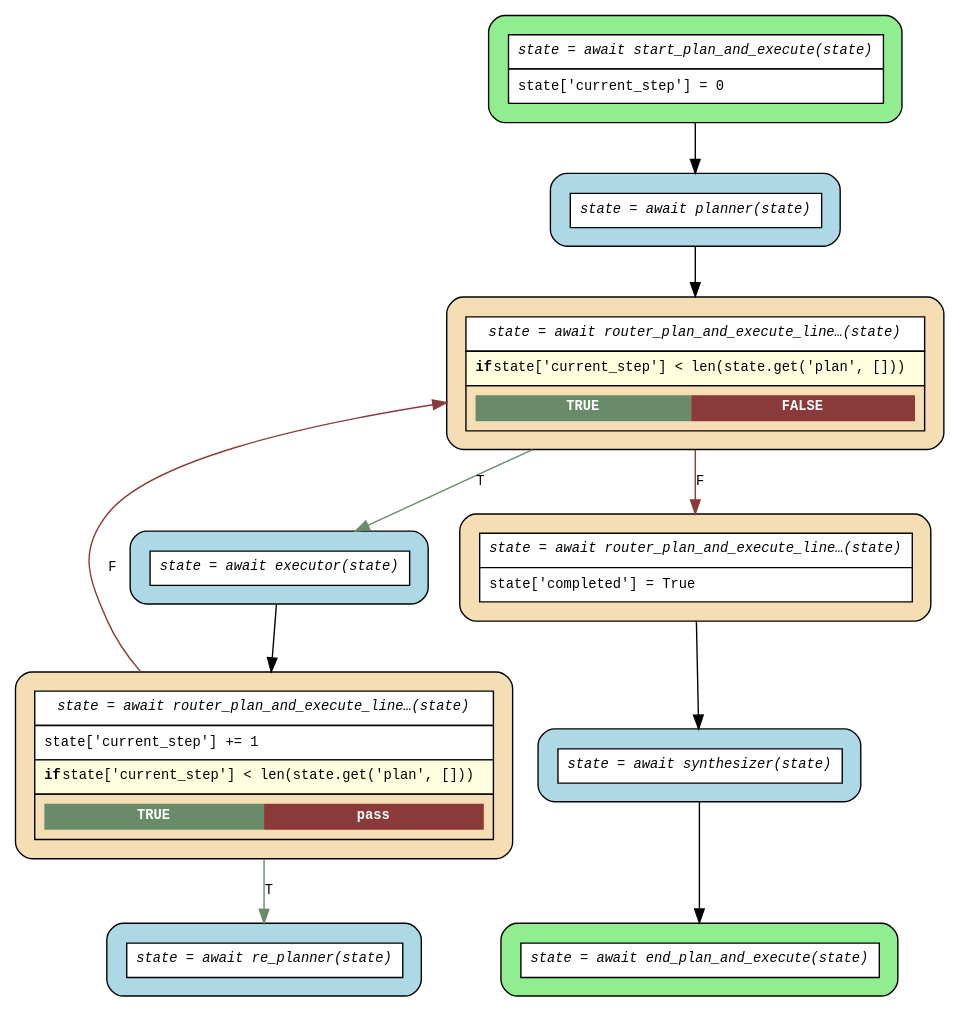
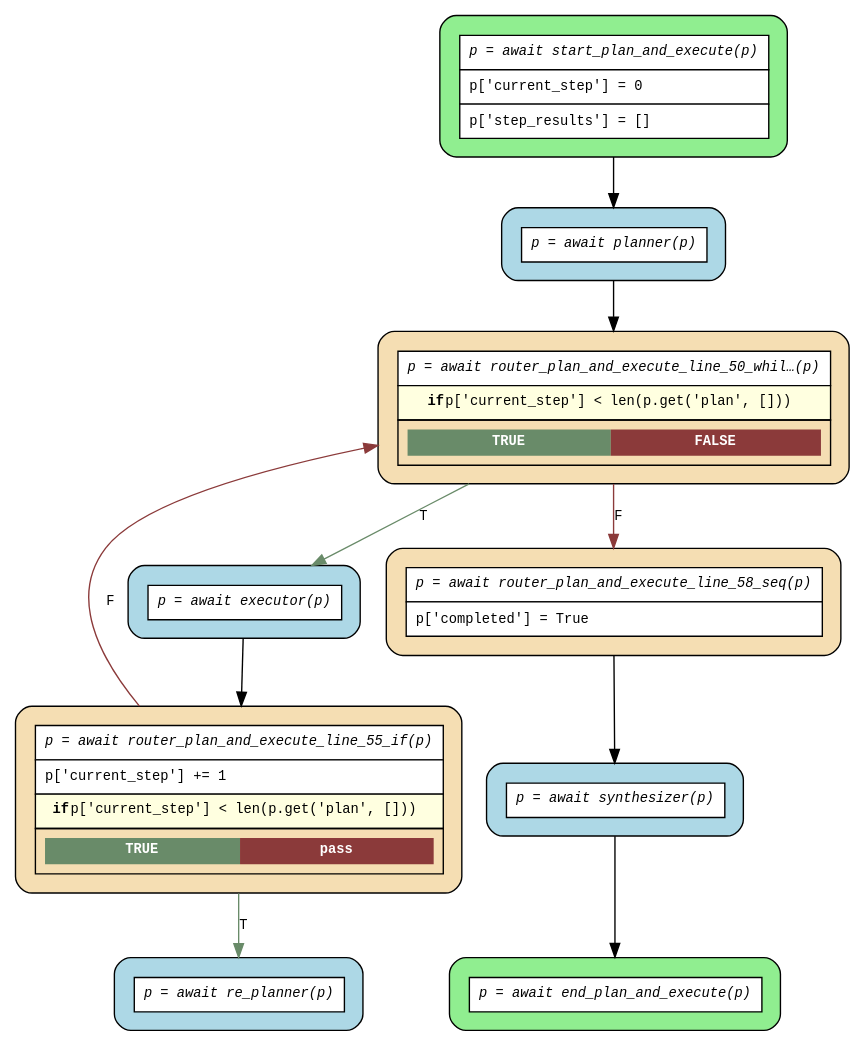
Before and after one commit to mrhillsman-enterprise-ai/asya: the diagram in examples/flows/agentic/compiled/plan_and_execute/flow.dot, drawn with Graphviz. The commit also changed 161 other files, not shown here.

First line of the commit message:
fix(flow-compiler): generate SVG instead of PNG for deterministic pre-commit flow diagrams [bvs4] (#302)

```diff
--- a/examples/flows/agentic/compiled/plan_and_execute/flow.dot
+++ b/examples/flows/agentic/compiled/plan_and_execute/flow.dot
@@ -1,26 +1,26 @@
 digraph flow {
   rankdir=TB;
   graph [fontname="Courier", fontsize=10];
   node [fontname="Courier", fontsize=10, shape=box, style="filled,rounded", margin="0.2"];
   edge [fontname="Courier", fontsize=10];
 
-  start_plan_and_execute [fillcolor="lightgreen", group="main", label=<<table border="0" cellspacing="0" cellpadding="6" cellborder="1"><tr><td bgcolor="white" align="center"><i>state = await start_plan_and_execute(state)</i></td></tr><tr><td bgcolor="white" align="left">state['current_step'] = 0</td></tr></table>>];
-  router_plan_and_execute_line_59_seq [fillcolor="wheat", group="main", label=<<table border="0" cellspacing="0" cellpadding="6" cellborder="1"><tr><td bgcolor="white" align="center"><i>state = await router_plan_and_execute_line…(state)</i></td></tr><tr><td bgcolor="white" align="left">state['completed'] = True</td></tr></table>>];
-  router_plan_and_execute_line_55_if [fillcolor="wheat", group="main", label=<<table border="0" cellspacing="0" cellpadding="6" cellborder="1"><tr><td bgcolor="white" align="center"><i>state = await router_plan_and_execute_line…(state)</i></td></tr><tr><td bgcolor="white" align="left">state['current_step'] += 1</td></tr><tr><td bgcolor="lightyellow"><b>if</b> state['current_step'] &lt; len(state.get('plan', []))</td></tr><tr><td><table border="0" cellspacing="0" cellpadding="4"><tr><td bgcolor="darkseagreen4"><font color="white"><b>TRUE</b></font></td><td bgcolor="indianred4"><font color="white"><b>pass</b></font></td></tr></table></td></tr></table>>];
-  router_plan_and_execute_line_47_while_0 [fillcolor="wheat", group="main", label=<<table border="0" cellspacing="0" cellpadding="6" cellborder="1"><tr><td bgcolor="white" align="center"><i>state = await router_plan_and_execute_line…(state)</i></td></tr><tr><td bgcolor="lightyellow"><b>if</b> state['current_step'] &lt; len(state.get('plan', []))</td></tr><tr><td><table border="0" cellspacing="0" cellpadding="4"><tr><td bgcolor="darkseagreen4"><font color="white"><b>TRUE</b></font></td><td bgcolor="indianred4"><font color="white"><b>FALSE</b></font></td></tr></table></td></tr></table>>];
-  end_plan_and_execute [fillcolor="lightgreen", group="main", label=<<table border="0" cellspacing="0" cellpadding="6" cellborder="1"><tr><td bgcolor="white" align="center"><i>state = await end_plan_and_execute(state)</i></td></tr></table>>];
-  executor [fillcolor="lightblue", label=<<table border="0" cellspacing="0" cellpadding="6" cellborder="1"><tr><td bgcolor="white" align="center"><i>state = await executor(state)</i></td></tr></table>>];
-  planner [fillcolor="lightblue", label=<<table border="0" cellspacing="0" cellpadding="6" cellborder="1"><tr><td bgcolor="white" align="center"><i>state = await planner(state)</i></td></tr></table>>];
-  re_planner [fillcolor="lightblue", label=<<table border="0" cellspacing="0" cellpadding="6" cellborder="1"><tr><td bgcolor="white" align="center"><i>state = await re_planner(state)</i></td></tr></table>>];
-  synthesizer [fillcolor="lightblue", label=<<table border="0" cellspacing="0" cellpadding="6" cellborder="1"><tr><td bgcolor="white" align="center"><i>state = await synthesizer(state)</i></td></tr></table>>];
+  start_plan_and_execute [fillcolor="lightgreen", group="main", label=<<table border="0" cellspacing="0" cellpadding="6" cellborder="1"><tr><td bgcolor="white" align="center"><i>p = await start_plan_and_execute(p)</i></td></tr><tr><td bgcolor="white" align="left">p['current_step'] = 0</td></tr><tr><td bgcolor="white" align="left">p['step_results'] = []</td></tr></table>>];
+  router_plan_and_execute_line_58_seq [fillcolor="wheat", group="main", label=<<table border="0" cellspacing="0" cellpadding="6" cellborder="1"><tr><td bgcolor="white" align="center"><i>p = await router_plan_and_execute_line_58_seq(p)</i></td></tr><tr><td bgcolor="white" align="left">p['completed'] = True</td></tr></table>>];
+  router_plan_and_execute_line_55_if [fillcolor="wheat", group="main", label=<<table border="0" cellspacing="0" cellpadding="6" cellborder="1"><tr><td bgcolor="white" align="center"><i>p = await router_plan_and_execute_line_55_if(p)</i></td></tr><tr><td bgcolor="white" align="left">p['current_step'] += 1</td></tr><tr><td bgcolor="lightyellow"><b>if</b> p['current_step'] &lt; len(p.get('plan', []))</td></tr><tr><td><table border="0" cellspacing="0" cellpadding="4"><tr><td bgcolor="darkseagreen4"><font color="white"><b>TRUE</b></font></td><td bgcolor="indianred4"><font color="white"><b>pass</b></font></td></tr></table></td></tr></table>>];
+  router_plan_and_execute_line_50_while_0 [fillcolor="wheat", group="main", label=<<table border="0" cellspacing="0" cellpadding="6" cellborder="1"><tr><td bgcolor="white" align="center"><i>p = await router_plan_and_execute_line_50_whil…(p)</i></td></tr><tr><td bgcolor="lightyellow"><b>if</b> p['current_step'] &lt; len(p.get('plan', []))</td></tr><tr><td><table border="0" cellspacing="0" cellpadding="4"><tr><td bgcolor="darkseagreen4"><font color="white"><b>TRUE</b></font></td><td bgcolor="indianred4"><font color="white"><b>FALSE</b></font></td></tr></table></td></tr></table>>];
+  end_plan_and_execute [fillcolor="lightgreen", group="main", label=<<table border="0" cellspacing="0" cellpadding="6" cellborder="1"><tr><td bgcolor="white" align="center"><i>p = await end_plan_and_execute(p)</i></td></tr></table>>];
+  executor [fillcolor="lightblue", label=<<table border="0" cellspacing="0" cellpadding="6" cellborder="1"><tr><td bgcolor="white" align="center"><i>p = await executor(p)</i></td></tr></table>>];
+  planner [fillcolor="lightblue", label=<<table border="0" cellspacing="0" cellpadding="6" cellborder="1"><tr><td bgcolor="white" align="center"><i>p = await planner(p)</i></td></tr></table>>];
+  re_planner [fillcolor="lightblue", label=<<table border="0" cellspacing="0" cellpadding="6" cellborder="1"><tr><td bgcolor="white" align="center"><i>p = await re_planner(p)</i></td></tr></table>>];
+  synthesizer [fillcolor="lightblue", label=<<table border="0" cellspacing="0" cellpadding="6" cellborder="1"><tr><td bgcolor="white" align="center"><i>p = await synthesizer(p)</i></td></tr></table>>];
 
   executor -> router_plan_and_execute_line_55_if;
-  planner -> router_plan_and_execute_line_47_while_0;
-  router_plan_and_execute_line_47_while_0 -> executor [label="T", color=darkseagreen4];
-  router_plan_and_execute_line_47_while_0 -> router_plan_and_execute_line_59_seq [label="F", color=indianred4];
+  planner -> router_plan_and_execute_line_50_while_0;
+  router_plan_and_execute_line_50_while_0 -> executor [label="T", color=darkseagreen4];
+  router_plan_and_execute_line_50_while_0 -> router_plan_and_execute_line_58_seq [label="F", color=indianred4];
   router_plan_and_execute_line_55_if -> re_planner [label="T", color=darkseagreen4];
-  router_plan_and_execute_line_55_if -> router_plan_and_execute_line_47_while_0 [label="F", color=indianred4, constraint=false];
-  router_plan_and_execute_line_59_seq -> synthesizer;
+  router_plan_and_execute_line_55_if -> router_plan_and_execute_line_50_while_0 [label="F", color=indianred4, constraint=false];
+  router_plan_and_execute_line_58_seq -> synthesizer;
   start_plan_and_execute -> planner;
   synthesizer -> end_plan_and_execute;
 }
```
